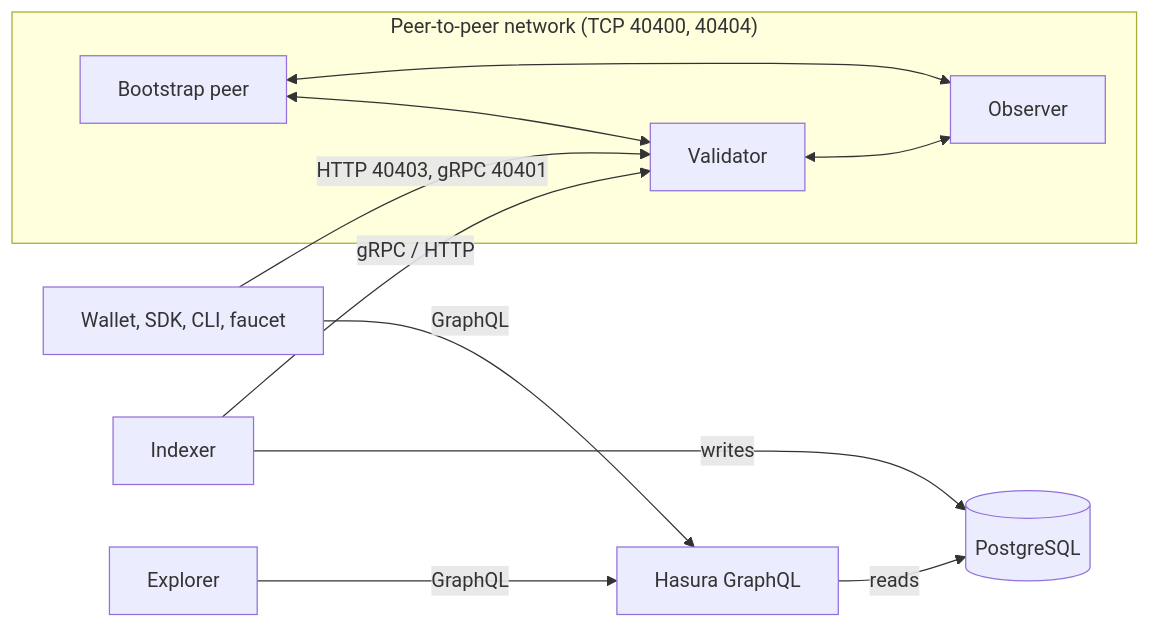
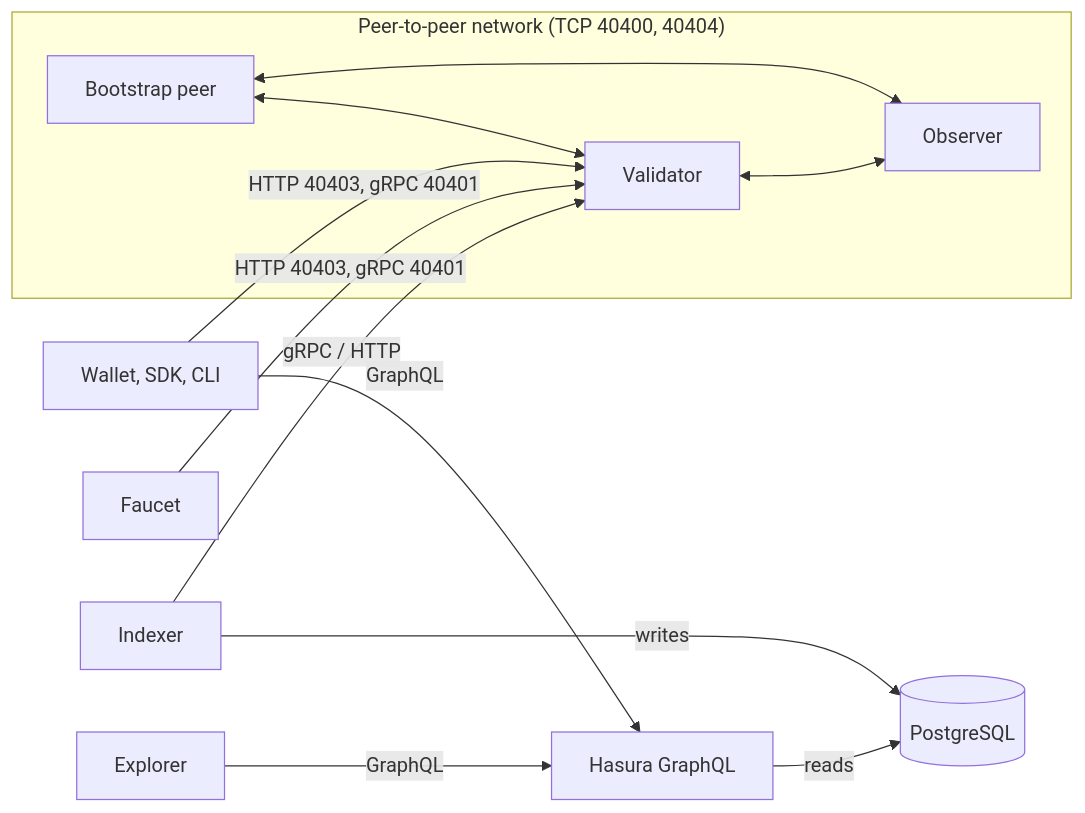
Before and after one commit to asi-alliance/asi-chain-docs-portal: the diagram in architecture/network-topology/index.md, drawn with Mermaid. The commit also changed other lines of this file and 3 other files, not shown here.

Commit message:
[AS-913] Correct API view parameter, faucet data path and DevNet note in architecture

````diff
--- a/architecture/network-topology/index.md
+++ b/architecture/network-topology/index.md
@@ -18,17 +18,18 @@
 ```mermaid
 flowchart LR
   subgraph P2P["Peer-to-peer network (TCP 40400, 40404)"]
     Bootstrap[Bootstrap peer]
     Validator[Validator]
     Observer[Observer]
     Bootstrap <--> Validator
     Bootstrap <--> Observer
     Validator <--> Observer
   end
-  Apps["Wallet, SDK, CLI, faucet"] -->|"HTTP 40403, gRPC 40401"| Validator
+  Apps["Wallet, SDK, CLI"] -->|"HTTP 40403, gRPC 40401"| Validator
+  Faucet[Faucet] -->|"HTTP 40403, gRPC 40401"| Validator
   Indexer[Indexer] -->|"gRPC / HTTP"| Validator
   Indexer -->|writes| DB[(PostgreSQL)]
   Hasura[Hasura GraphQL] -->|reads| DB
   Explorer[Explorer] -->|GraphQL| Hasura
   Apps -->|GraphQL| Hasura
 ```
````
